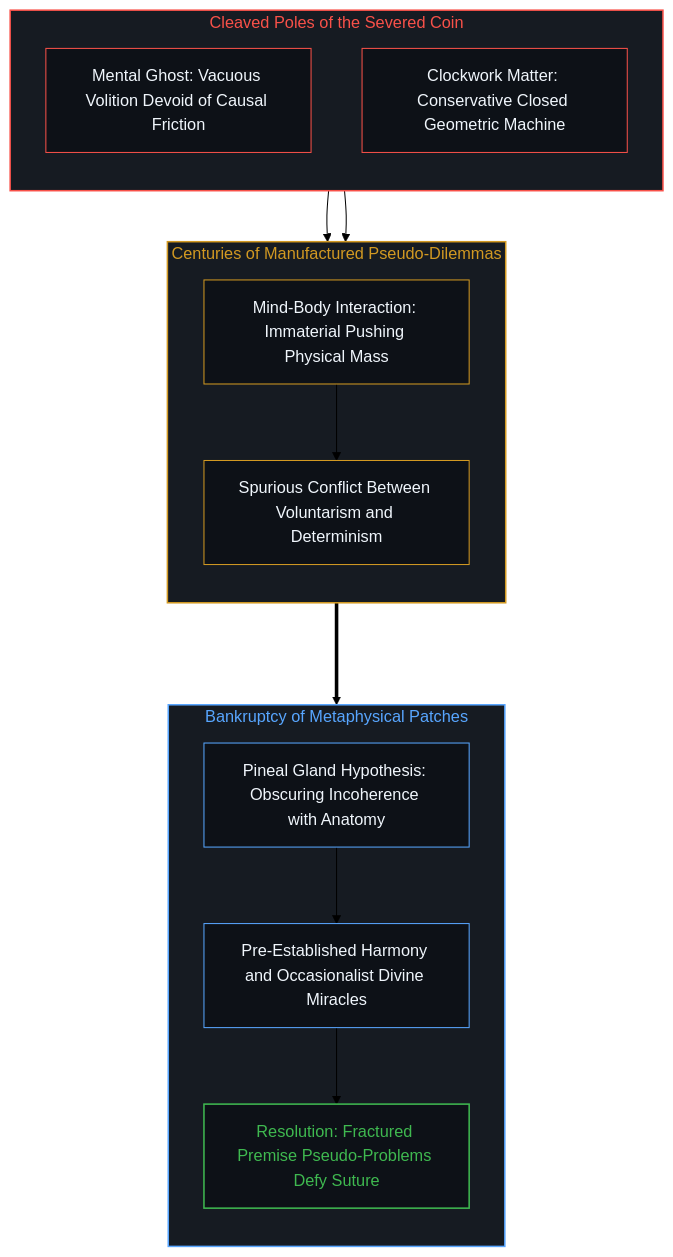
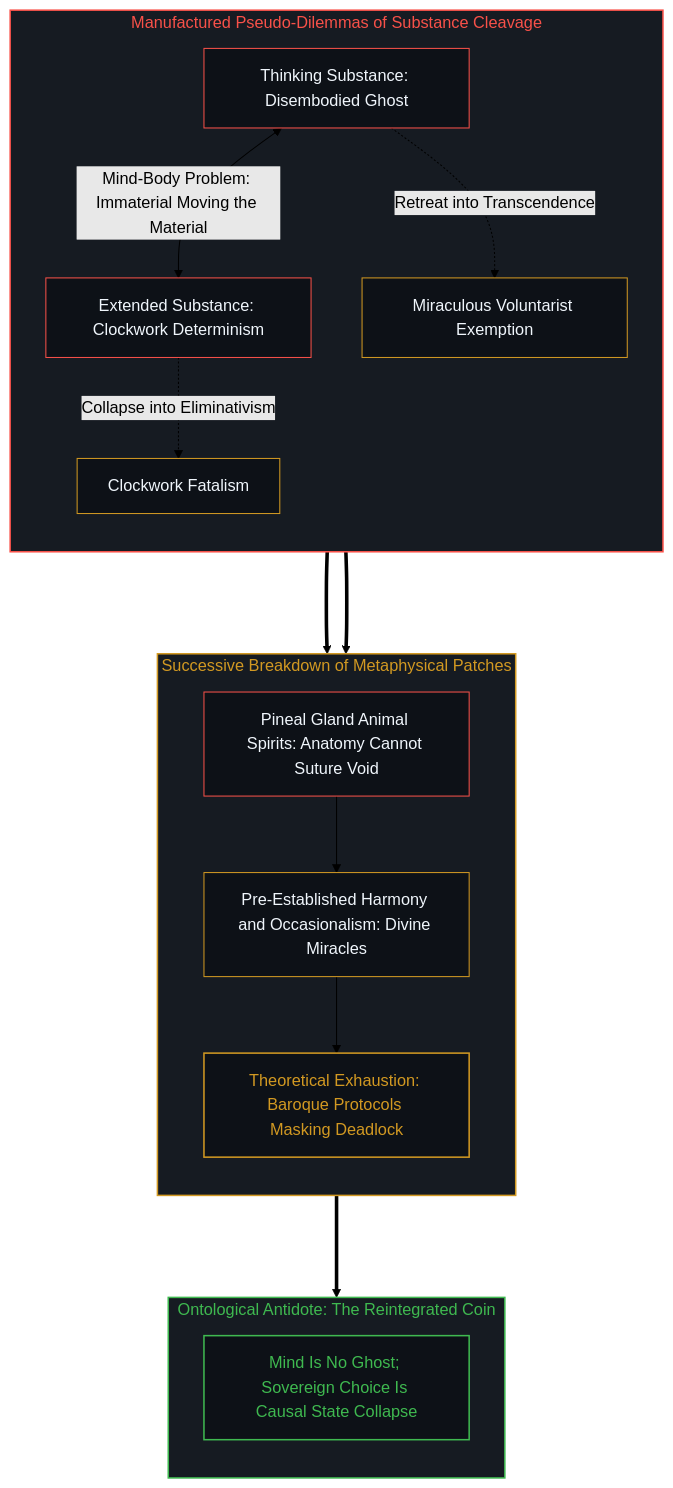
One commit to powerpig99/not-a-toe changed the sixth of 10 diagrams in content/posts/the-cartesian-overstep-and-the-frenzy-of-creation.md. Above: the diagram before and after it, drawn with Mermaid (forest theme). The commit also changed other lines of this file and 3 other files, not shown here.

````diff
--- a/content/posts/the-cartesian-overstep-and-the-frenzy-of-creation.md
+++ b/content/posts/the-cartesian-overstep-and-the-frenzy-of-creation.md
@@ -227,39 +224,35 @@
 ```mermaid
 graph TD
-    subgraph S_CleavedPoles_EN ["Cleaved Poles of the Severed Coin"]
+    subgraph S_ArtificialDilemma_EN ["Manufactured Pseudo-Dilemmas of Substance Cleavage"]
         direction TB
-        ME_Ghost["Mental Ghost: Vacuous Volition Devoid of Causal Friction"]
-        PE_Clock["Clockwork Matter: Conservative Closed Geometric Machine"]
+        AE_MindGhost["Thinking Substance: Disembodied Ghost"] <-->|"Mind-Body Problem: Immaterial Moving the Material"| AE_MatterClock["Extended Substance: Clockwork Determinism"]
+        AE_MindGhost -.->|"Retreat into Transcendence"| AE_Voluntarism["Miraculous Voluntarist Exemption"]
+        AE_MatterClock -.->|"Collapse into Eliminativism"| AE_Determinism["Clockwork Fatalism"]
     end
 
-    subgraph S_ArtificialDilemmas_EN ["Centuries of Manufactured Pseudo-Dilemmas"]
+    subgraph S_PatchFailures_EN ["Successive Breakdown of Metaphysical Patches"]
         direction TB
-        AE_Interaction["Mind-Body Interaction: Immaterial Pushing Physical Mass"]
-        AE_War["Spurious Conflict Between Voluntarism and Determinism"]
+        PE_Pineal["Pineal Gland Animal Spirits: Anatomy Cannot Suture Void"] --> PE_Harmony["Pre-Established Harmony and Occasionalism: Divine Miracles"]
+        PE_Harmony --> PE_Exhaustion["Theoretical Exhaustion: Baroque Protocols Masking Deadlock"]
     end
 
-    subgraph S_AdHocPatches_EN ["Bankruptcy of Metaphysical Patches"]
+    subgraph S_ReintegratedCoin_EN ["Ontological Antidote: The Reintegrated Coin"]
         direction TB
-        XE_Pineal["Pineal Gland Hypothesis: Obscuring Incoherence with Anatomy"]
-        XE_Harmony["Pre-Established Harmony and Occasionalist Divine Miracles"]
-        XE_Demystify["Resolution: Fractured Premise Pseudo-Problems Defy Suture"]
+        RE_Reunite["Mind Is No Ghost; Sovereign Choice Is Causal State Collapse"]
     end
 
-    ME_Ghost --> AE_Interaction
-    PE_Clock --> AE_Interaction
-    AE_Interaction --> AE_War
-    AE_War ===> XE_Pineal
-    XE_Pineal --> XE_Harmony
-    XE_Harmony --> XE_Demystify
+    AE_Voluntarism & AE_Determinism ===> PE_Pineal
+    PE_Exhaustion ===> RE_Reunite
 
-    style S_CleavedPoles_EN fill:#161b22,stroke:#f85149,stroke-width:1.5px,color:#f85149
-    style S_ArtificialDilemmas_EN fill:#161b22,stroke:#d29922,stroke-width:1.5px,color:#d29922
-    style S_AdHocPatches_EN fill:#161b22,stroke:#58a6ff,stroke-width:1.5px,color:#58a6ff
-    style ME_Ghost fill:#0d1117,stroke:#f85149,stroke-width:1px,color:#f0f6fc
-    style PE_Clock fill:#0d1117,stroke:#f85149,stroke-width:1px,color:#f0f6fc
-    style AE_Interaction fill:#0d1117,stroke:#d29922,stroke-width:1px,color:#f0f6fc
-    style AE_War fill:#0d1117,stroke:#d29922,stroke-width:1px,color:#f0f6fc
-    style XE_Pineal fill:#0d1117,stroke:#58a6ff,stroke-width:1px,color:#f0f6fc
-    style XE_Harmony fill:#0d1117,stroke:#58a6ff,stroke-width:1px,color:#f0f6fc
-    style XE_Demystify fill:#0d1117,stroke:#3fb950,stroke-width:1.5px,color:#3fb950
+    style S_ArtificialDilemma_EN fill:#161b22,stroke:#f85149,stroke-width:1.5px,color:#f85149
+    style S_PatchFailures_EN fill:#161b22,stroke:#d29922,stroke-width:1.5px,color:#d29922
+    style S_ReintegratedCoin_EN fill:#161b22,stroke:#3fb950,stroke-width:1.5px,color:#3fb950
+    style AE_MindGhost fill:#0d1117,stroke:#f85149,stroke-width:1px,color:#f0f6fc
+    style AE_MatterClock fill:#0d1117,stroke:#f85149,stroke-width:1px,color:#f0f6fc
+    style AE_Voluntarism fill:#0d1117,stroke:#d29922,stroke-width:1px,color:#f0f6fc
+    style AE_Determinism fill:#0d1117,stroke:#d29922,stroke-width:1px,color:#f0f6fc
+    style PE_Pineal fill:#0d1117,stroke:#f85149,stroke-width:1px,color:#f0f6fc
+    style PE_Harmony fill:#0d1117,stroke:#d29922,stroke-width:1px,color:#f0f6fc
+    style PE_Exhaustion fill:#0d1117,stroke:#d29922,stroke-width:1.5px,color:#d29922
+    style RE_Reunite fill:#0d1117,stroke:#3fb950,stroke-width:1.5px,color:#3fb950
 ```
````
